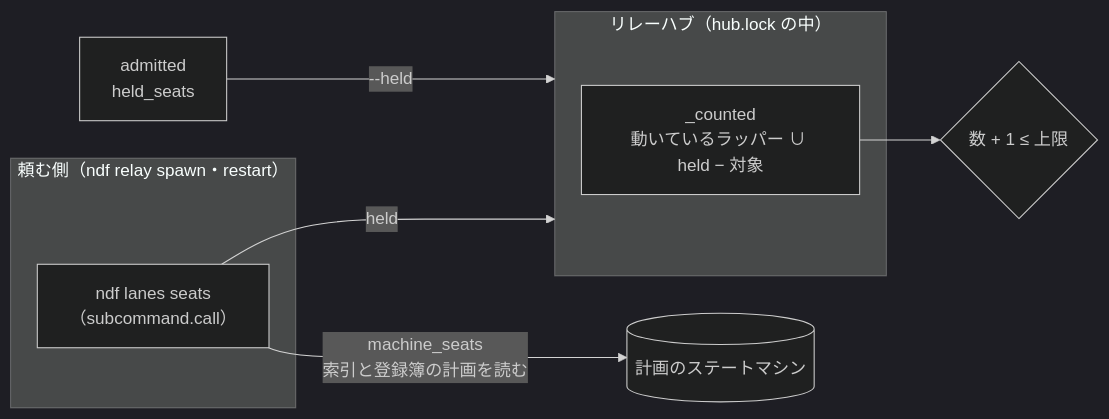
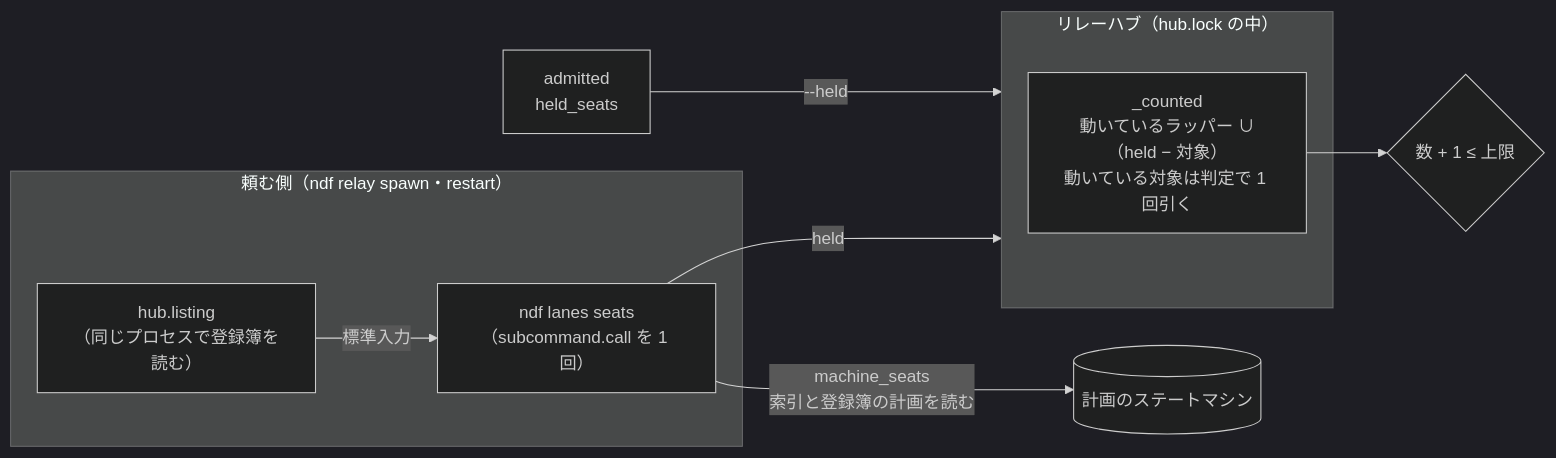
The second of 2 diagrams in issues/issue-4044-design.md (devbasex/ai-plugins), drawn with Mermaid (dark theme) before and after one commit. The commit also changed other lines of this file and 1 other file, not shown here.

````diff
--- a/issues/issue-4044-design.md
+++ b/issues/issue-4044-design.md
@@ -47,13 +47,13 @@
 ```mermaid
 flowchart LR
   subgraph REQ["頼む側（ndf relay spawn・restart）"]
-    S["ndf lanes seats<br>（subcommand.call）"]
+    L["hub.listing<br>（同じプロセスで登録簿を読む）"] -- "標準入力" --> S["ndf lanes seats<br>（subcommand.call を 1 回）"]
   end
   S -- "machine_seats<br>索引と登録簿の計画を読む" --> SM[("計画のステートマシン")]
   AD["admitted<br>held_seats"] -- "--held" --> HUB
   S -- "held" --> HUB
   subgraph HUB["リレーハブ（hub.lock の中）"]
-    C["_counted<br>動いているラッパー ∪ held − 対象"]
+    C["_counted<br>動いているラッパー ∪（held − 対象）<br>動いている対象は判定で 1 回引く"]
   end
   C --> J{"数 + 1 ≤ 上限"}
 ```
````
